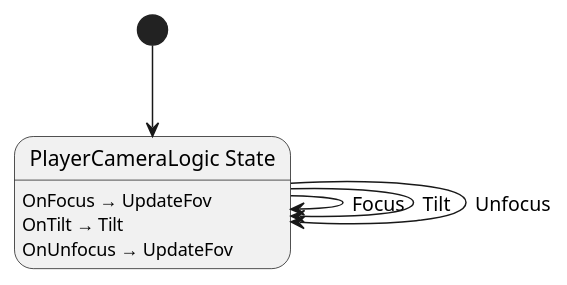
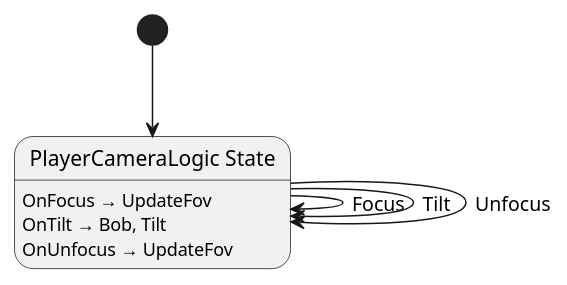
The diagram in src/player_camera/state/PlayerCameraLogic.g.puml (nilsiker/vardag-midnight-laundry), drawn with PlantUML before and after one commit. The commit also changed 11 other files, not shown here.

```diff
--- a/src/player_camera/state/PlayerCameraLogic.g.puml
+++ b/src/player_camera/state/PlayerCameraLogic.g.puml
@@ -1,13 +1,13 @@
 @startuml PlayerCameraLogic
 state "PlayerCameraLogic State" as Vardag_PlayerCameraLogic_State
 
 Vardag_PlayerCameraLogic_State --> Vardag_PlayerCameraLogic_State : Focus
 Vardag_PlayerCameraLogic_State --> Vardag_PlayerCameraLogic_State : Tilt
 Vardag_PlayerCameraLogic_State --> Vardag_PlayerCameraLogic_State : Unfocus
 
 Vardag_PlayerCameraLogic_State : OnFocus → UpdateFov
-Vardag_PlayerCameraLogic_State : OnTilt → Tilt
+Vardag_PlayerCameraLogic_State : OnTilt → Bob, Tilt
 Vardag_PlayerCameraLogic_State : OnUnfocus → UpdateFov
 
 [*] --> Vardag_PlayerCameraLogic_State
 @enduml
```
